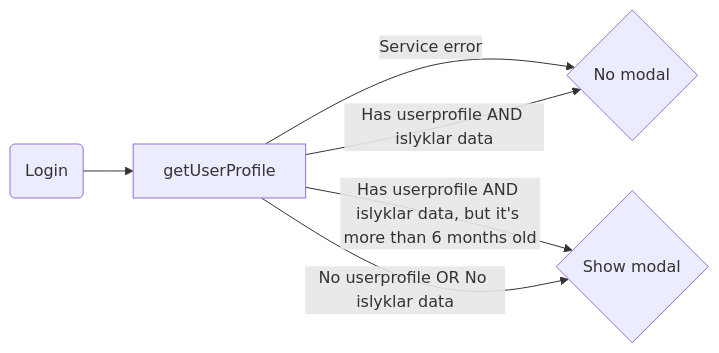
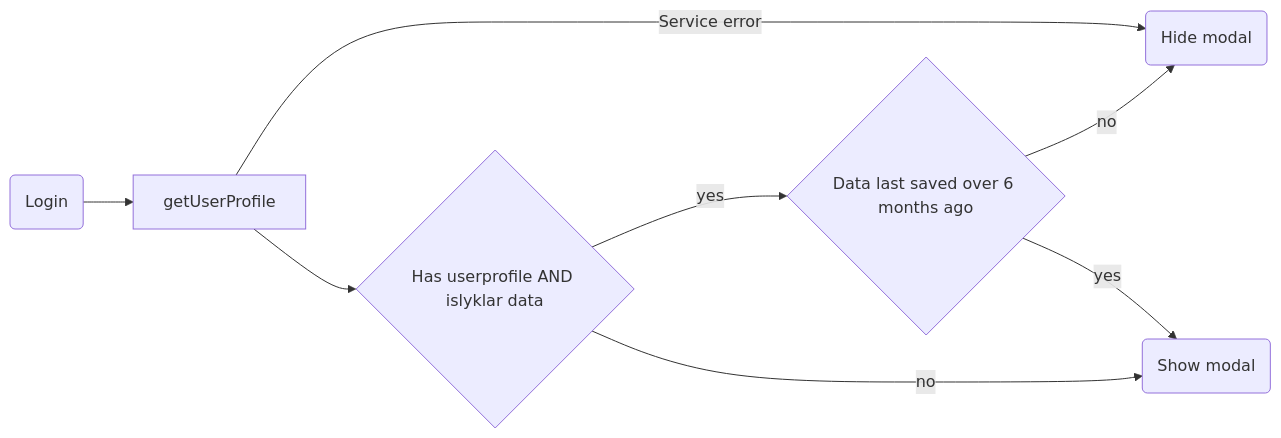
One commit to island-is/island.is changed the diagram in libs/service-portal/settings/personal-information/README.md. Above: the diagram before and after it, drawn with Mermaid.

Commit message:
Update modal flowchart

````diff
--- a/libs/service-portal/settings/personal-information/README.md
+++ b/libs/service-portal/settings/personal-information/README.md
@@ -23,8 +23,10 @@
 ```mermaid
 graph LR
 START(Login) --> A
-A[getUserProfile] -- Service error --> NO{No modal}
-A -- Has userprofile AND islyklar data --> NO{No modal}
-A -- Has userprofile AND islyklar data, but it's more than 6 months old --> YES{Show modal}
-A -- No userprofile OR No islyklar data --> YES{Show modal}
+A[getUserProfile] -- Service error --> NO(Hide modal)
+A --> BOTH{Has userprofile AND islyklar data}
+BOTH -- yes --> MAYBE{Data last saved over 6 months ago}
+BOTH -- no --> YES
+MAYBE -- no --> NO
+MAYBE -- yes --> YES(Show modal)
 ```
````
